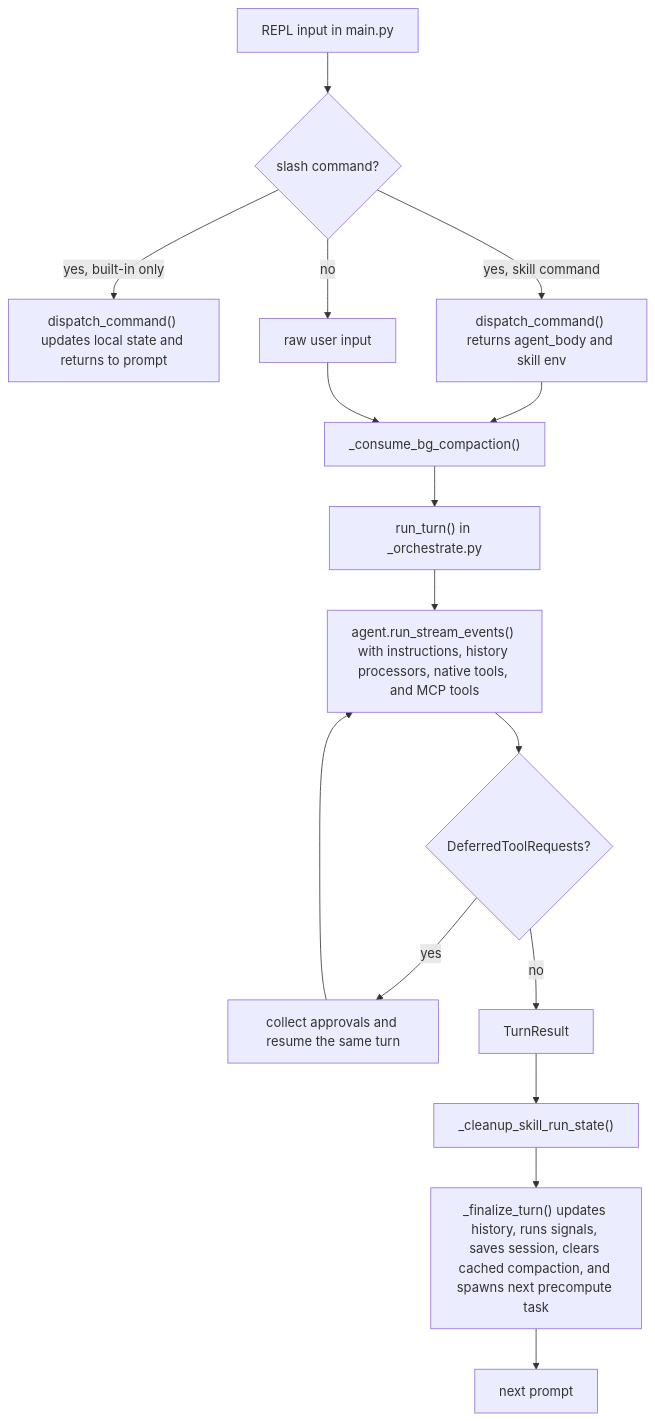
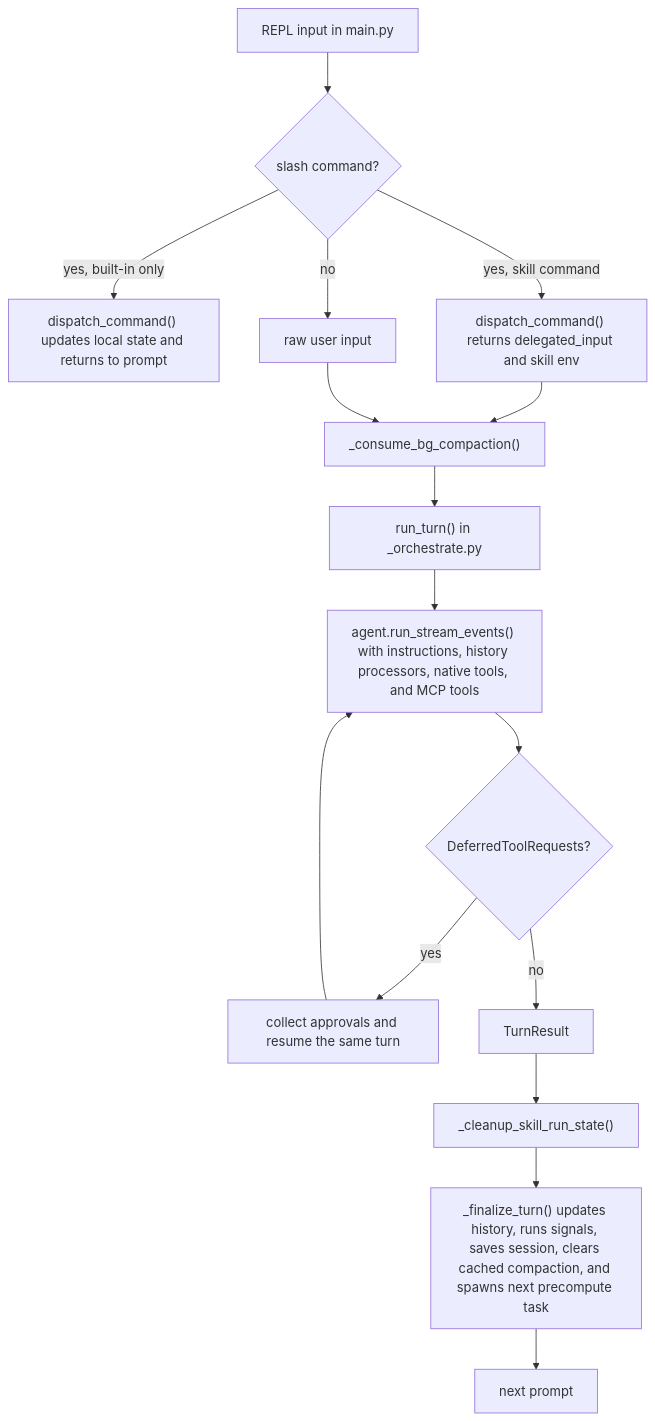
One commit to binlecode/co-cli changed the first of 3 diagrams in docs/DESIGN-core-loop.md. Above: the diagram before and after it, drawn with Mermaid. The commit also changed other lines of this file and 8 other files, not shown here.

````diff
--- a/docs/DESIGN-core-loop.md
+++ b/docs/DESIGN-core-loop.md
@@ -15,20 +15,20 @@
 ```mermaid
 flowchart TD
     A["REPL input in main.py"] --> B{"slash command?"}
     B -->|yes, built-in only| C["dispatch_command() updates local state and returns to prompt"]
-    B -->|yes, skill command| D["dispatch_command() returns agent_body and skill env"]
+    B -->|yes, skill command| D["dispatch_command() returns delegated_input and skill env"]
     B -->|no| E["raw user input"]
 
     D --> F["_consume_bg_compaction()"]
     E --> F
     F --> G["run_turn() in _orchestrate.py"]
     G --> H["agent.run_stream_events() with instructions, history processors, native tools, and MCP tools"]
     H --> I{"DeferredToolRequests?"}
     I -->|yes| J["collect approvals and resume the same turn"]
     J --> H
     I -->|no| K["TurnResult"]
 
     K --> L["_cleanup_skill_run_state()"]
     L --> M["_finalize_turn() updates history, runs signals, saves session, clears cached compaction, and spawns next precompute task"]
     M --> N["next prompt"]
 ```
````
